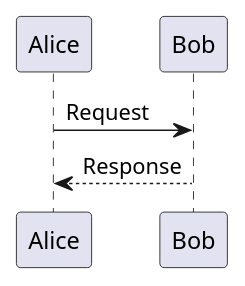
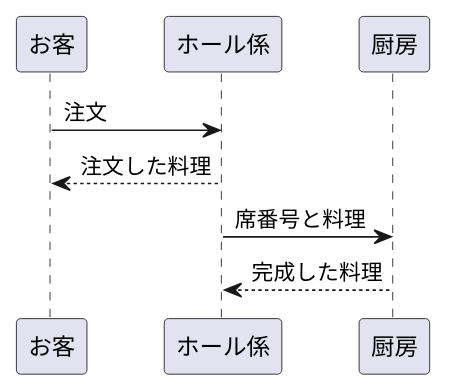
The diagram in test.md (Aso2001407/2021sys-design), drawn with PlantUML before and after one commit.

````diff
--- a/test.md
+++ b/test.md
@@ -1,6 +1,9 @@
 ```uml
 @startuml
-Alice -> Bob: Request
-Bob --> Alice: Response
+
+お客 -> ホール係: 注文
+ホール係 --> お客: 注文した料理
+ホール係 -> 厨房: 席番号と料理
+厨房 --> ホール係: 完成した料理
 @enduml
 ```
````
